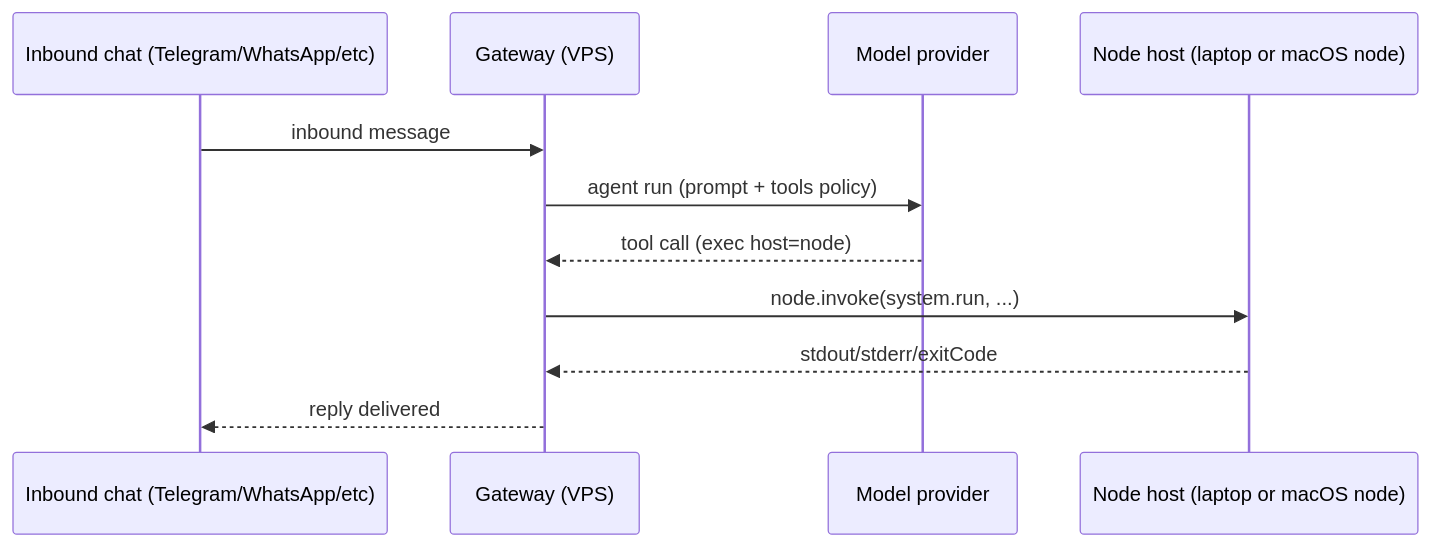
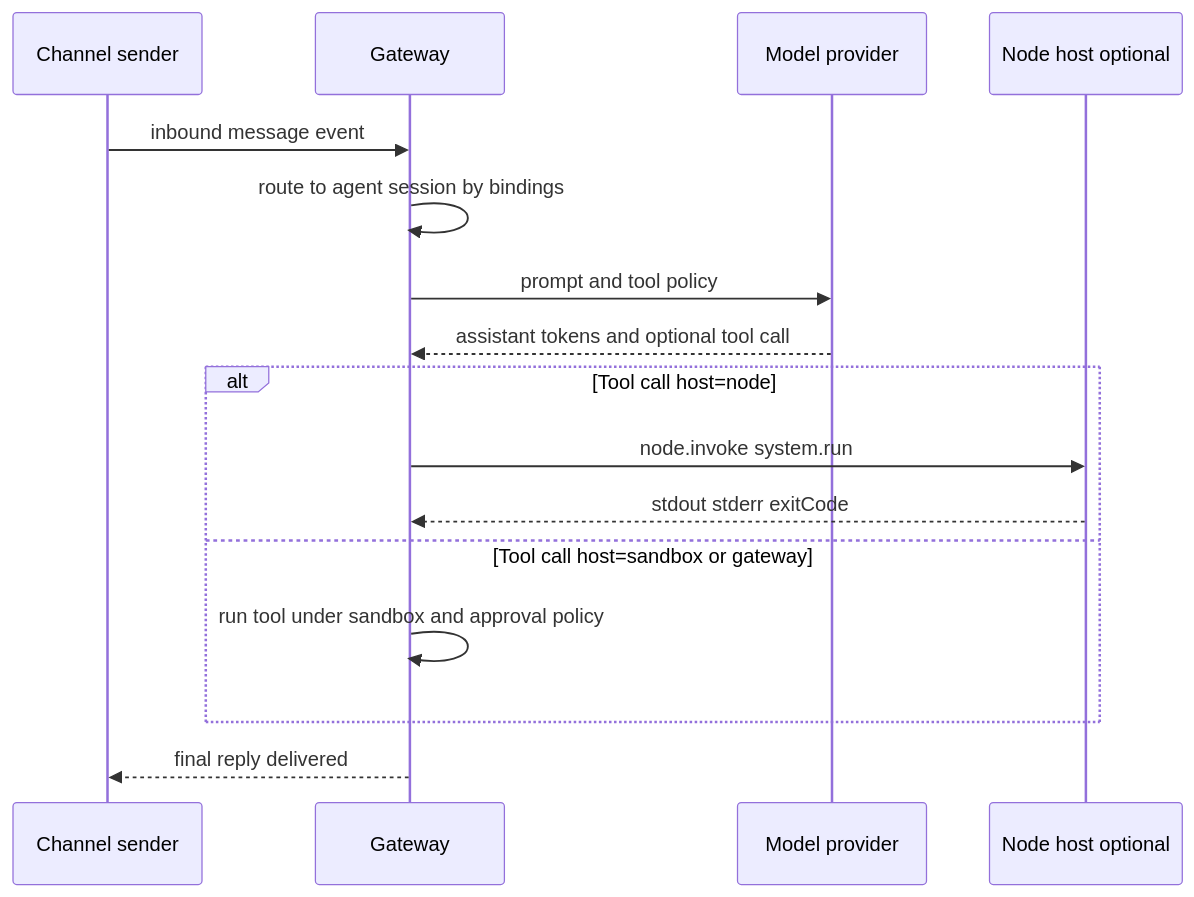
The fourth of 6 diagrams in docs/concepts/system-architecture.md (Gholimoli/openclaw), drawn with Mermaid before and after one commit. The commit also changed other lines of this file and 19 other files, not shown here.

````diff
--- a/docs/concepts/system-architecture.md
+++ b/docs/concepts/system-architecture.md
@@ -226,14 +310,21 @@
 ```mermaid
 sequenceDiagram
-  participant Chat as Inbound chat (Telegram/WhatsApp/etc)
-  participant GW as Gateway (VPS)
-  participant LLM as Model provider
-  participant Node as Node host (laptop or macOS node)
+  participant Chat as Channel sender
+  participant GW as Gateway
+  participant Model as Model provider
+  participant Node as Node host optional
 
-  Chat->>GW: inbound message
-  GW->>LLM: agent run (prompt + tools policy)
-  LLM-->>GW: tool call (exec host=node)
-  GW->>Node: node.invoke(system.run, ...)
-  Node-->>GW: stdout/stderr/exitCode
-  GW-->>Chat: reply delivered
+  Chat->>GW: inbound message event
+  GW->>GW: route to agent session by bindings
+  GW->>Model: prompt and tool policy
+  Model-->>GW: assistant tokens and optional tool call
+
+  alt Tool call host=node
+    GW->>Node: node.invoke system.run
+    Node-->>GW: stdout stderr exitCode
+  else Tool call host=sandbox or gateway
+    GW->>GW: run tool under sandbox and approval policy
+  end
+
+  GW-->>Chat: final reply delivered
 ```
````
